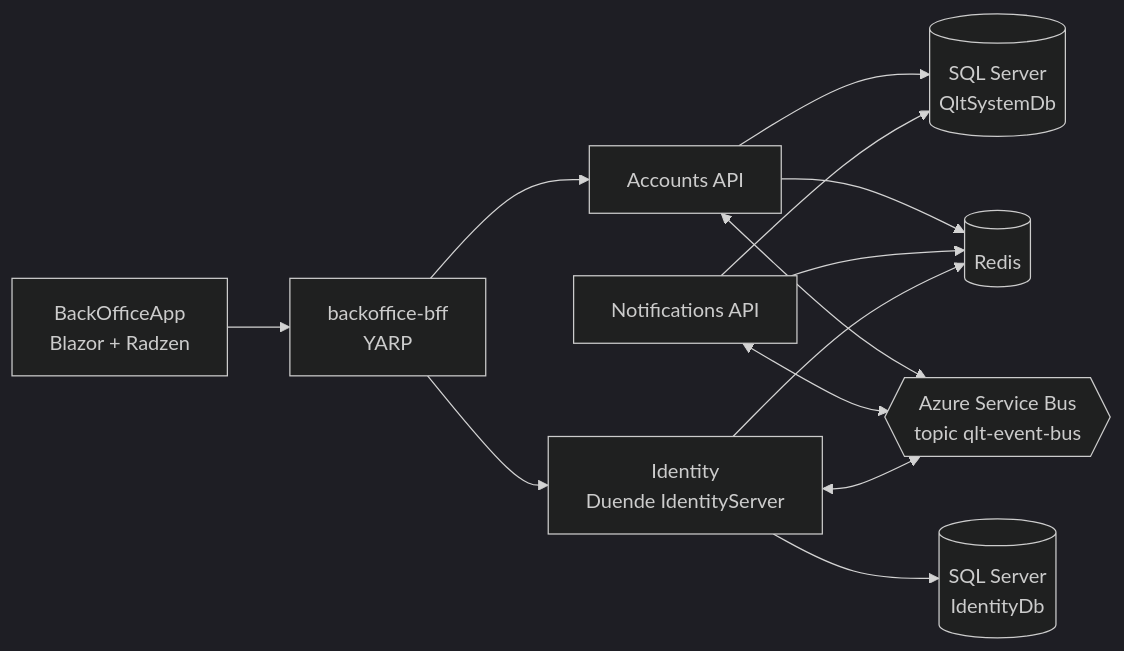
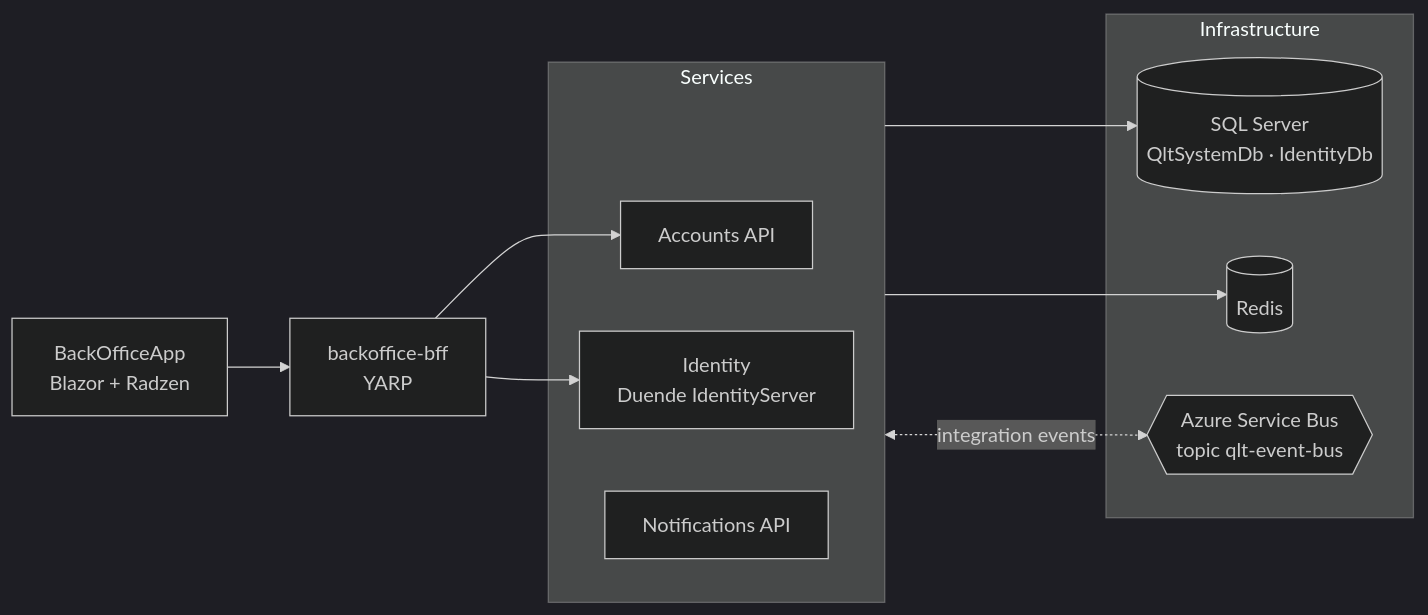
The first of 2 diagrams in README.md (miquelalcaraz/Labs.ServicePlatform), drawn with Mermaid (dark theme) before and after one commit. The commit also changed other lines of this file and 64 other files, not shown here.

````diff
--- a/README.md
+++ b/README.md
@@ -28,12 +28,20 @@
 ```mermaid
 flowchart LR
     BO[BackOfficeApp<br/>Blazor + Radzen] --> BFF[backoffice-bff<br/>YARP]
-    BFF --> Accounts[Accounts API]
-    BFF --> Identity[Identity<br/>Duende IdentityServer]
-    Notifications[Notifications API]
 
-    Accounts & Notifications --> SQL[(SQL Server<br/>QltSystemDb)]
-    Identity --> IdDb[(SQL Server<br/>IdentityDb)]
-    Accounts & Notifications & Identity --> Redis[(Redis)]
-    Accounts & Notifications & Identity <--> Bus{{Azure Service Bus<br/>topic qlt-event-bus}}
+    subgraph Services
+        Accounts[Accounts API]
+        Identity[Identity<br/>Duende IdentityServer]
+        Notifications[Notifications API]
+    end
+
+    subgraph Infrastructure
+        SQL[("SQL Server<br/>QltSystemDb · IdentityDb")]
+        Redis[(Redis)]
+        Bus{{"Azure Service Bus<br/>topic qlt-event-bus"}}
+    end
+
+    BFF --> Accounts & Identity
+    Services --> SQL & Redis
+    Services <-. integration events .-> Bus
 ```
````
